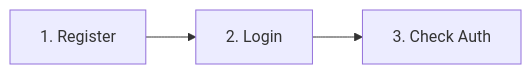
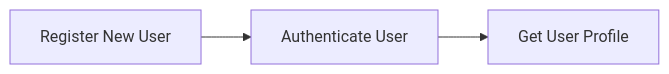
The diagram in POSTMAN_GUIDE.md (AdlalKheraz/Backend-CE), drawn with Mermaid before and after one commit. The commit also changed other lines of this file and 17 other files, not shown here.

````diff
--- a/POSTMAN_GUIDE.md
+++ b/POSTMAN_GUIDE.md
@@ -28,5 +29,5 @@
 ```mermaid
 flowchart LR
-    A[1. Register] --> B[2. Login]
-    B --> C[3. Check Auth]
+    A[Register New User] --> B[Authenticate User]
+    B --> C[Get User Profile]
 ```
````
